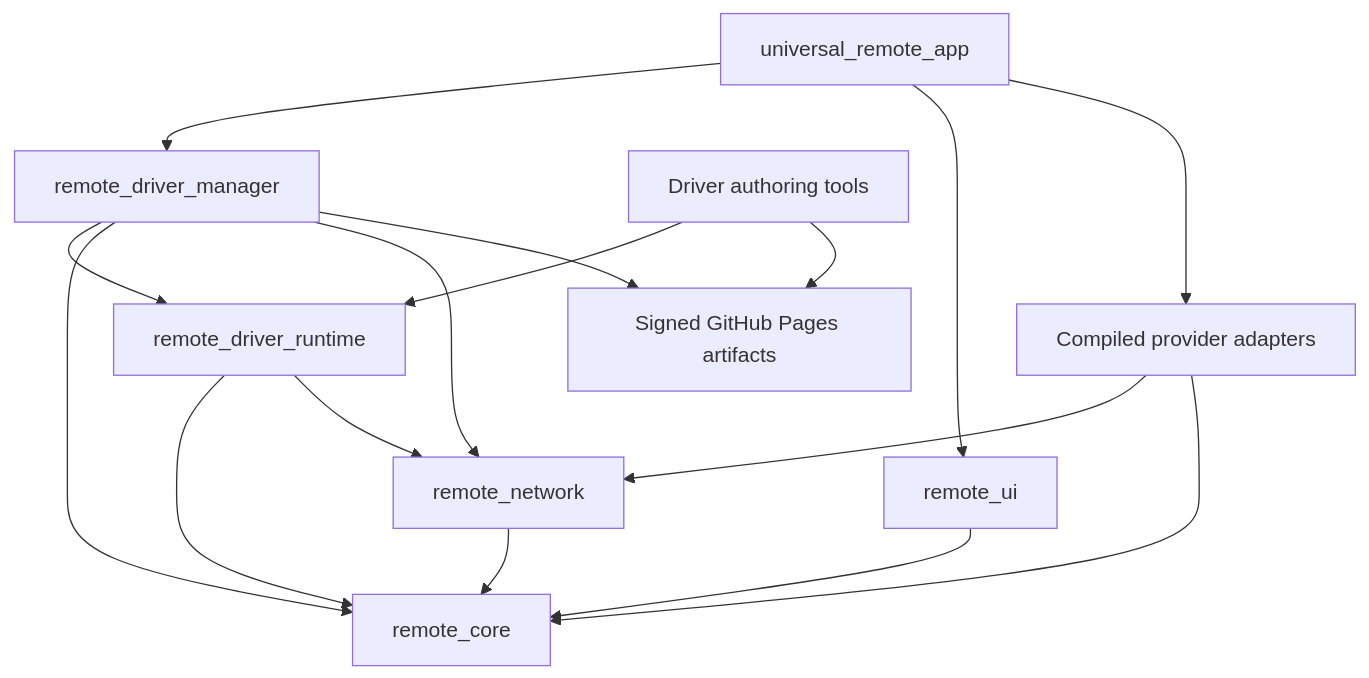
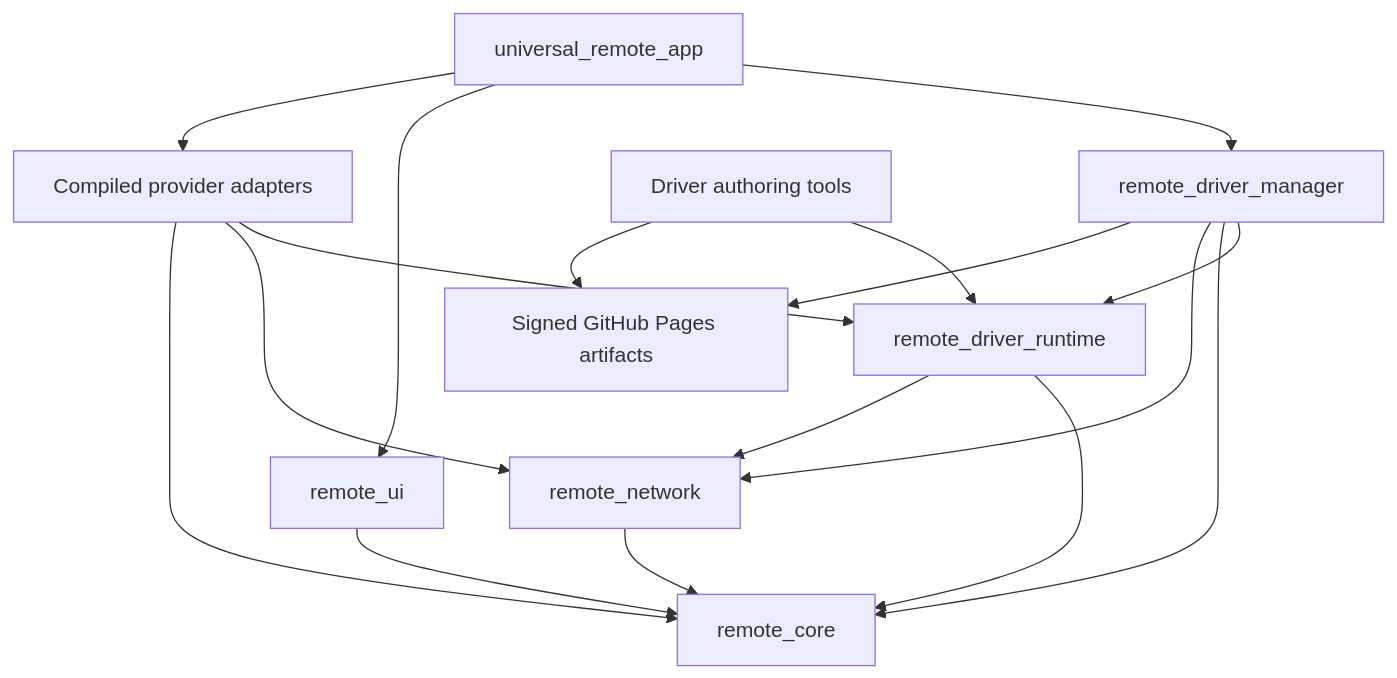
The first of 2 diagrams in docs/drivers/validation.md (arlamend7/universal_remote_app), drawn with Mermaid before and after one commit. The commit also changed other lines of this file and 2 other files, not shown here.

````diff
--- a/docs/drivers/validation.md
+++ b/docs/drivers/validation.md
@@ -7,18 +7,19 @@
 ```mermaid
 flowchart TD
   App[universal_remote_app] --> Manager[remote_driver_manager]
   App --> UI[remote_ui]
   App --> Providers[Compiled provider adapters]
   Manager --> Runtime[remote_driver_runtime]
   Manager --> Core[remote_core]
   Manager --> Network[remote_network]
   Runtime --> Core
   Runtime --> Network
+  Providers --> Runtime
   Providers --> Network
   Providers --> Core
   Network --> Core
   UI --> Core
   Authoring[Driver authoring tools] --> Runtime
   Authoring --> Pages[Signed GitHub Pages artifacts]
   Manager --> Pages
 ```
````
